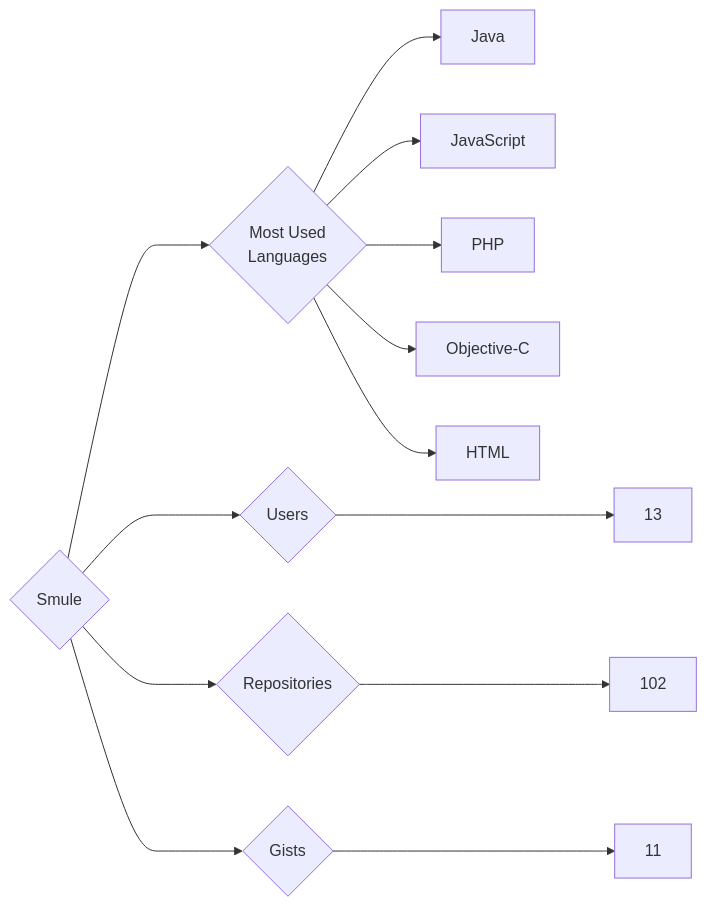
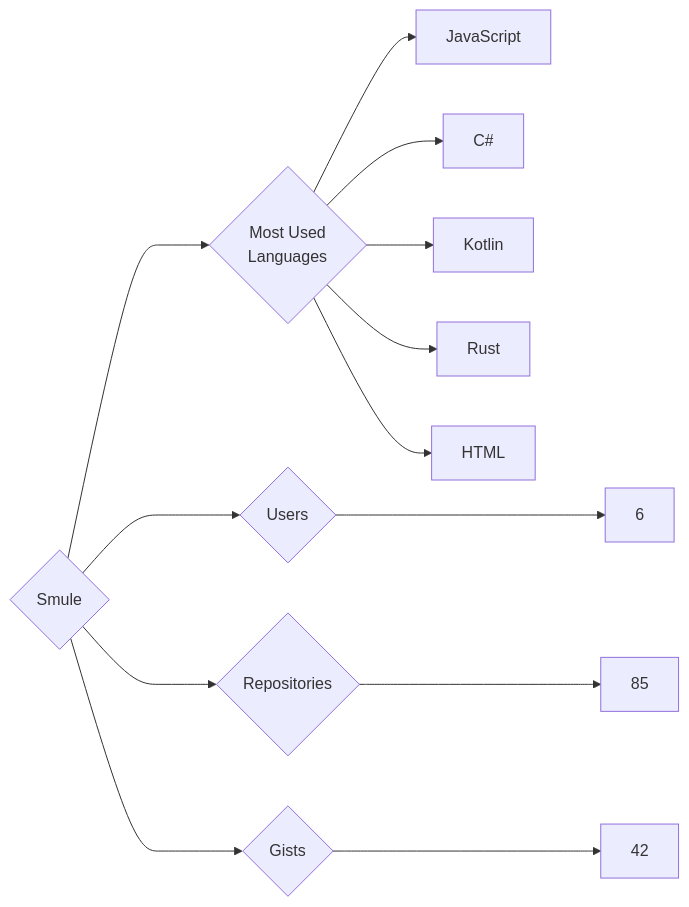
The diagram in targets/Smule/README.md (trickest/insiders), drawn with Mermaid before and after one commit. The commit also changed 796 other files, not shown here.

````diff
--- a/targets/Smule/README.md
+++ b/targets/Smule/README.md
@@ -3,13 +3,13 @@
 ```mermaid
 graph LR
 COMPANY_NAME{Smule}
-COMPANY_NAME ---> U{Users} ---> UN[13]
-COMPANY_NAME ---> R{Repositories} ---> RN[102]
-COMPANY_NAME ---> G{Gists} ---> GN[11]
+COMPANY_NAME ---> U{Users} ---> UN[6]
+COMPANY_NAME ---> R{Repositories} ---> RN[85]
+COMPANY_NAME ---> G{Gists} ---> GN[42]
 COMPANY_NAME ---> ML{Most Used<br>Languages}
-ML --> Java[Java]
 ML --> JavaScript[JavaScript]
-ML --> PHP[PHP]
-ML --> Objective-C[Objective-C]
+ML --> C#[C#]
+ML --> Kotlin[Kotlin]
+ML --> Rust[Rust]
 ML --> HTML[HTML]
 ```
````
